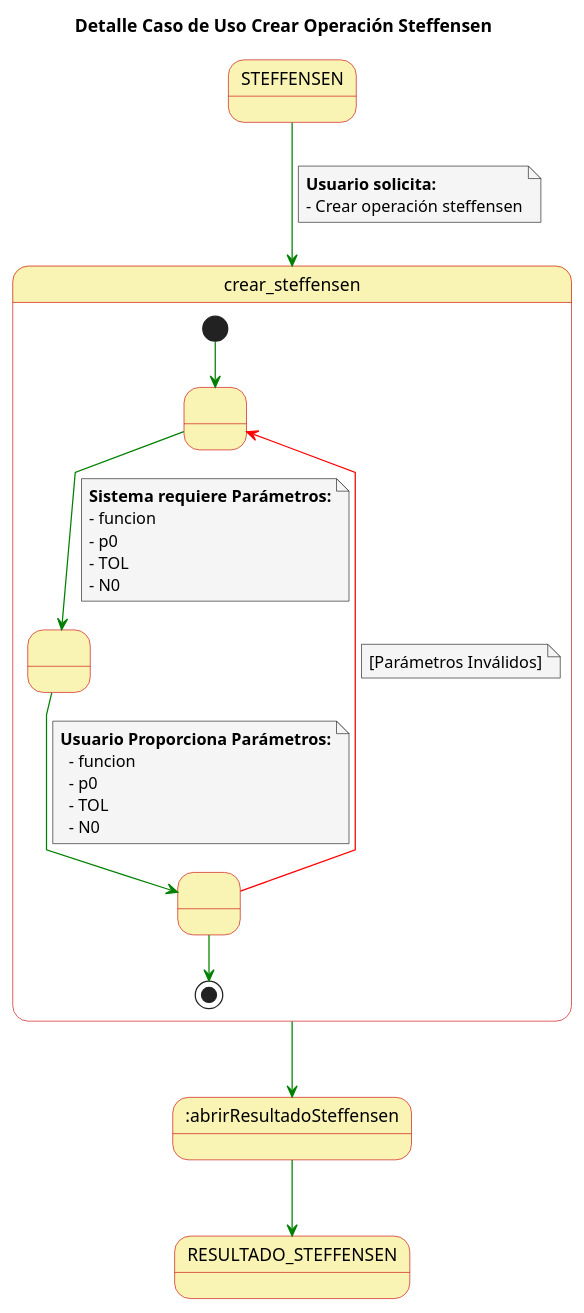
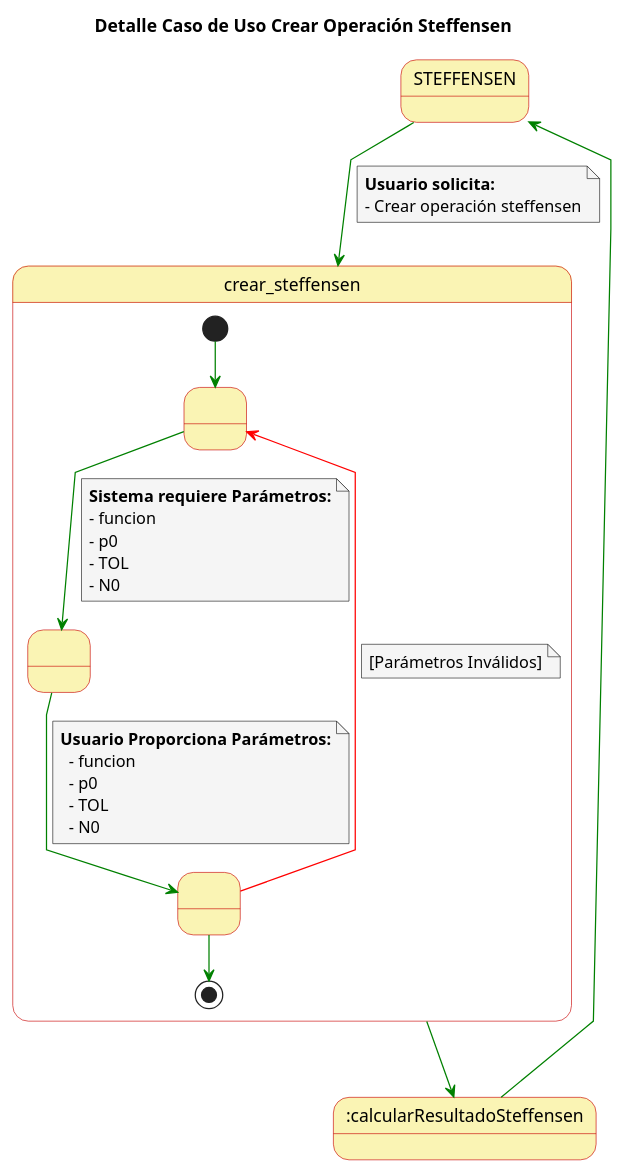
The diagram in casosDeUso/detallesCasosUsoEcuacionesUnaVariable/detalleCasoUsoCrearSteffensen.puml (rodri5villa/numath-API), drawn with PlantUML before and after one commit. The commit also changed 148 other files, not shown here.

```diff
--- a/casosDeUso/detallesCasosUsoEcuacionesUnaVariable/detalleCasoUsoCrearSteffensen.puml
+++ b/casosDeUso/detallesCasosUsoEcuacionesUnaVariable/detalleCasoUsoCrearSteffensen.puml
@@ -1,56 +1,59 @@
 @startuml
+
+top to bottom direction
 
 skinparam state {
   BackgroundColor #faf4b4
   BorderColor #c90000
 }
 
 skinparam note {
   BackgroundColor #f5f5f5
 }
 
 skinparam linetype polyline
 
 title Detalle Caso de Uso Crear Operación Steffensen
 
+state STEFFENSEN 
 
 STEFFENSEN -[#green]-> crear_steffensen
 note on link
   **Usuario solicita:**
   - Crear operación steffensen
 end note
 
 state crear_steffensen {
   state 1 as " "
   state 2 as " "
   state 3 as " "
   
   [*] -[#green]-> 1
   1 -[#green]-> 2
   note on link
       **Sistema requiere Parámetros:**
       - funcion
       - p0
       - TOL
       - N0
   end note
   2 -[#green]-> 3
   note on link
     **Usuario Proporciona Parámetros:**
       - funcion
       - p0
       - TOL
       - N0
   end note
   3 -[#red]-> 1
   note on link
     [Parámetros Inválidos]
   end note
   3 -[#green]-> [*]
 }
 
-crear_steffensen -[#green]-> :abrirResultadoSteffensen
+crear_steffensen -[#green]-> :calcularResultadoSteffensen
 
-:abrirResultadoSteffensen -[#green]-> RESULTADO_STEFFENSEN
+:calcularResultadoSteffensen-[#green]-> STEFFENSEN 
 
 @enduml
```
